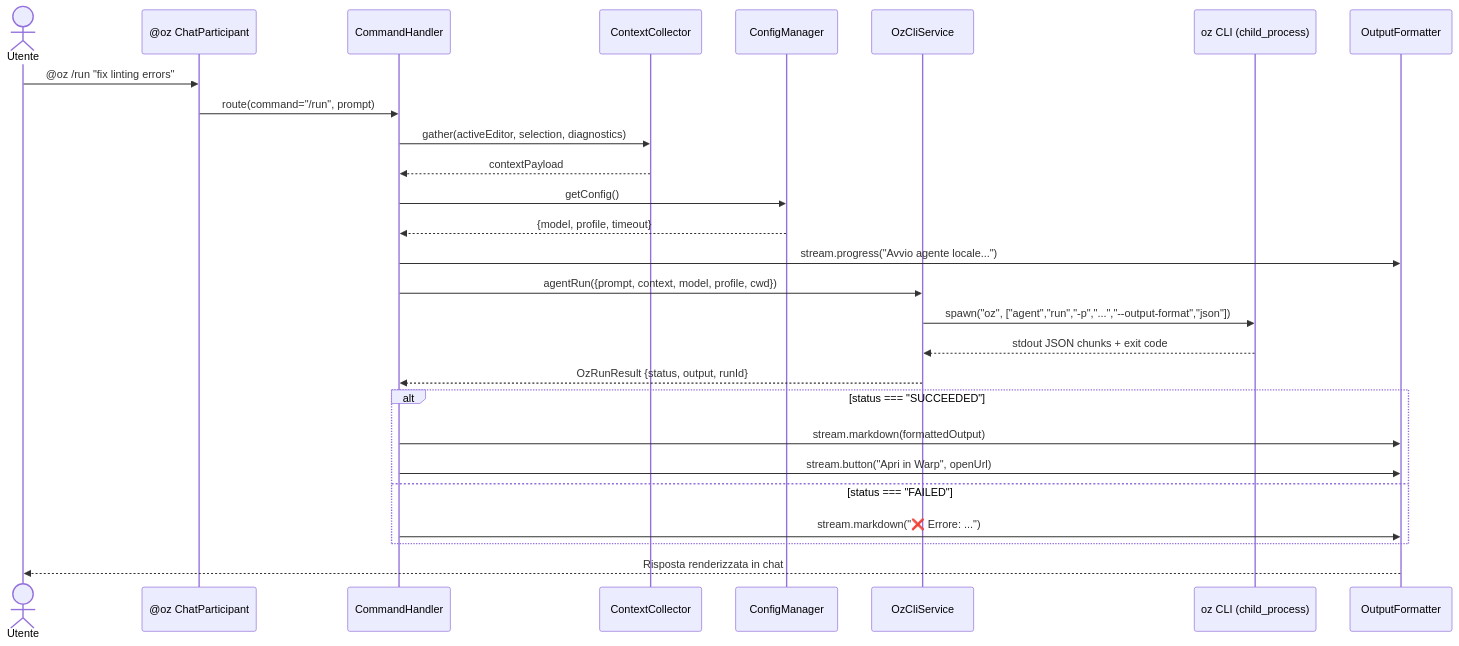
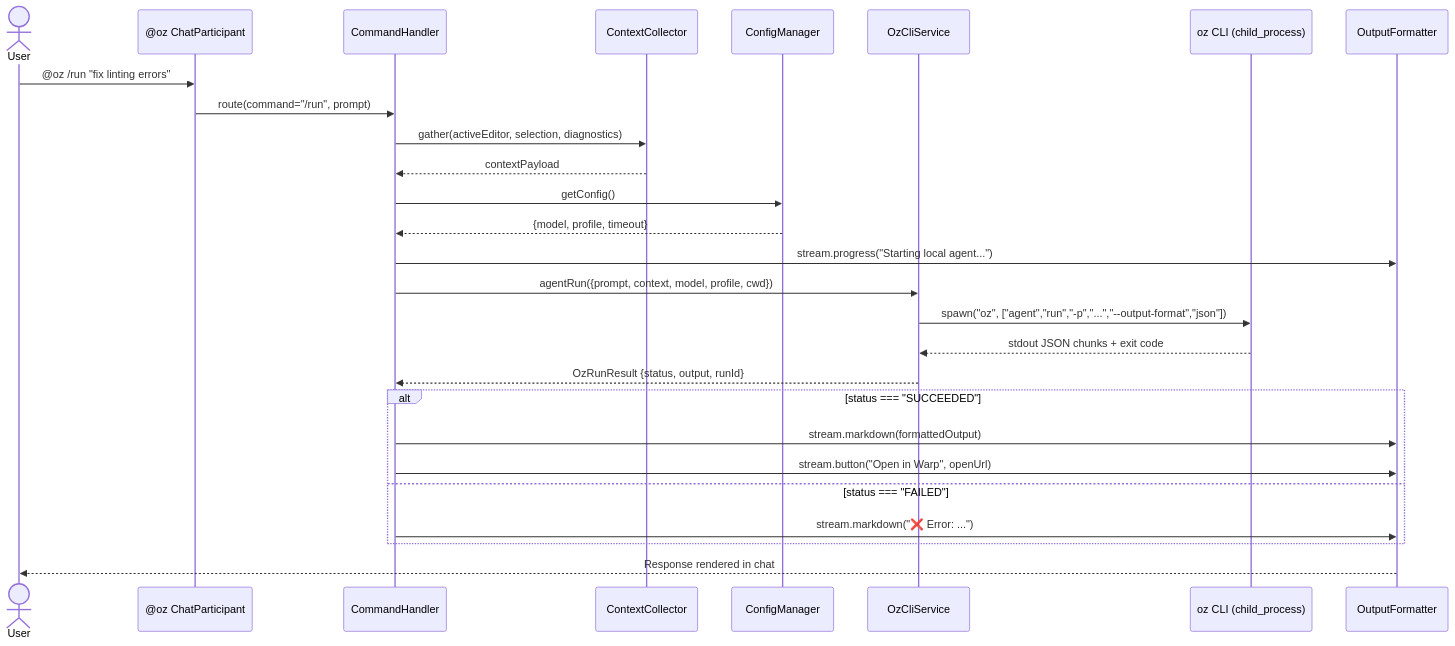
Before and after one commit to sena-labs/OzBridge: the second of 3 diagrams in docs/DESIGN.md, drawn with Mermaid. The commit also changed other lines of this file and 1 other file, not shown here.

````diff
--- a/docs/DESIGN.md
+++ b/docs/DESIGN.md
@@ -114,32 +118,32 @@
 ```mermaid
 sequenceDiagram
-    actor U as Utente
+    actor U as User
     participant CP as @oz ChatParticipant
     participant CH as CommandHandler
     participant CTX as ContextCollector
     participant CFG as ConfigManager
     participant CLI as OzCliService
     participant OZ as oz CLI (child_process)
     participant OUT as OutputFormatter
 
     U->>CP: @oz /run "fix linting errors"
     CP->>CH: route(command="/run", prompt)
     CH->>CTX: gather(activeEditor, selection, diagnostics)
     CTX-->>CH: contextPayload
     CH->>CFG: getConfig()
     CFG-->>CH: {model, profile, timeout}
-    CH->>OUT: stream.progress("Avvio agente locale...")
+    CH->>OUT: stream.progress("Starting local agent...")
     CH->>CLI: agentRun({prompt, context, model, profile, cwd})
     CLI->>OZ: spawn("oz", ["agent","run","-p","...","--output-format","json"])
     OZ-->>CLI: stdout JSON chunks + exit code
     CLI-->>CH: OzRunResult {status, output, runId}
 
     alt status === "SUCCEEDED"
         CH->>OUT: stream.markdown(formattedOutput)
-        CH->>OUT: stream.button("Apri in Warp", openUrl)
+        CH->>OUT: stream.button("Open in Warp", openUrl)
     else status === "FAILED"
-        CH->>OUT: stream.markdown("❌ Errore: ...")
+        CH->>OUT: stream.markdown("❌ Error: ...")
     end
 
-    OUT-->>U: Risposta renderizzata in chat
+    OUT-->>U: Response rendered in chat
 ```
````
